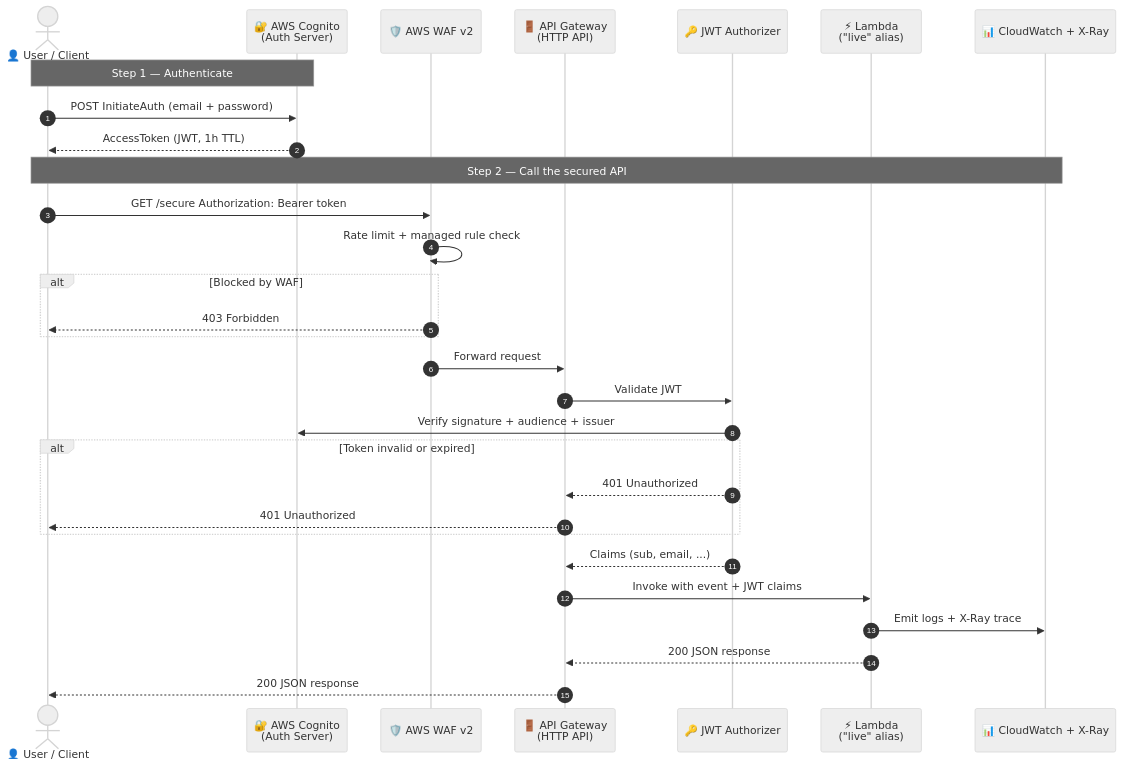
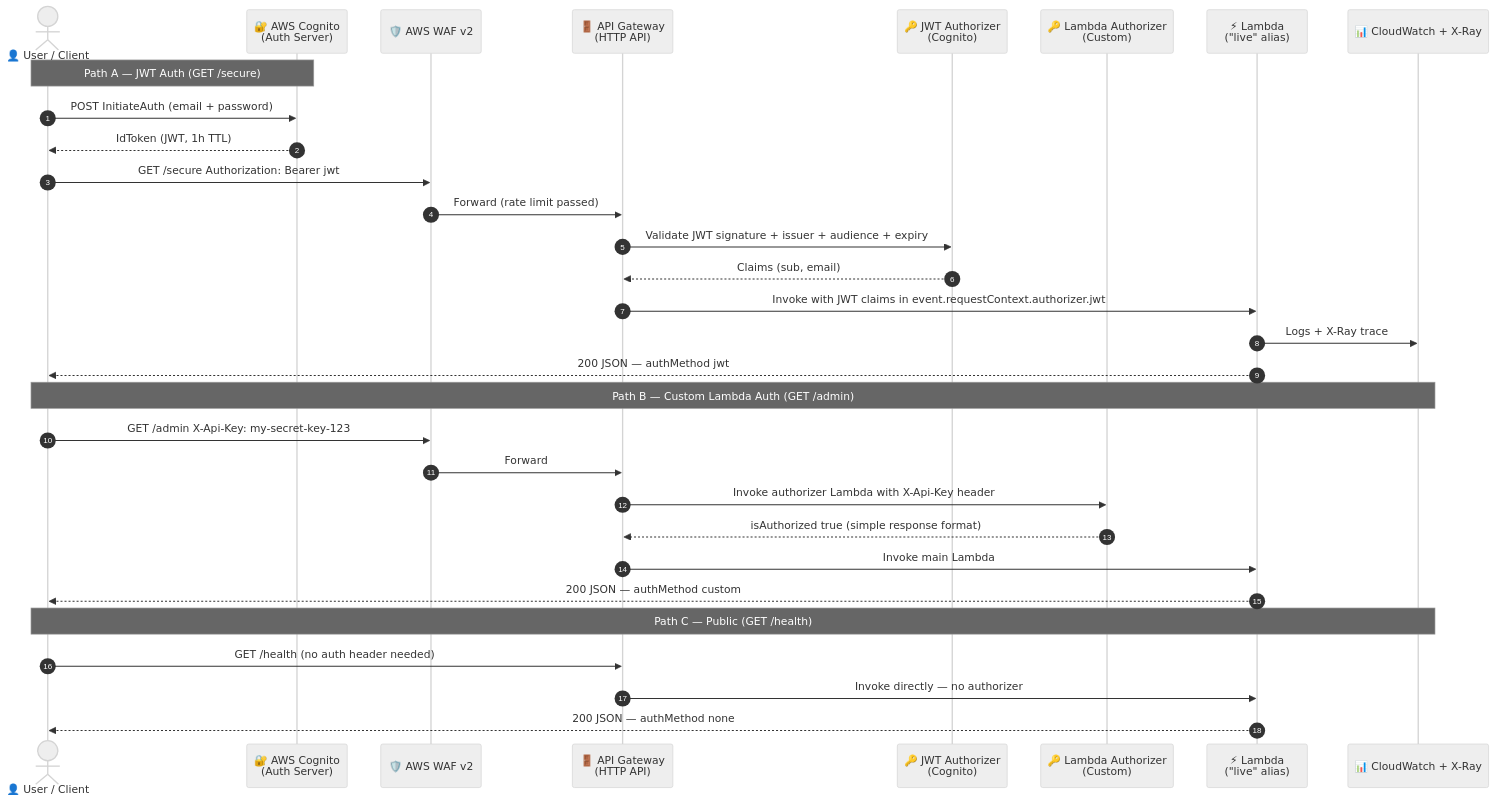
Before and after one commit to sureshullagaddi/api-gateway-terraform: the first of 4 diagrams in README.md, drawn with Mermaid (neutral theme). The commit also changed other lines of this file and 4 other files, not shown here.

Commit message:
feat: realistic banking API — customer portal (JWT) + partner B2B (custom auth)

````diff
--- a/README.md
+++ b/README.md
@@ -11,36 +11,36 @@
 ```mermaid
 sequenceDiagram
     autonumber
     actor User as 👤 User / Client
     participant Cognito as 🔐 AWS Cognito<br/>(Auth Server)
     participant WAF as 🛡️ AWS WAF v2
     participant APIGW as 🚪 API Gateway<br/>(HTTP API)
-    participant Auth as 🔑 JWT Authorizer
+    participant JWTAuth as 🔑 JWT Authorizer<br/>(Cognito)
+    participant LambdaAuth as 🔑 Lambda Authorizer<br/>(Custom)
     participant Lambda as ⚡ Lambda<br/>("live" alias)
     participant CW as 📊 CloudWatch + X-Ray
 
-    Note over User,Cognito: Step 1 — Authenticate
+    Note over User,Cognito: Path A — JWT Auth (GET /secure)
     User->>Cognito: POST InitiateAuth (email + password)
-    Cognito-->>User: AccessToken (JWT, 1h TTL)
+    Cognito-->>User: IdToken (JWT, 1h TTL)
+    User->>WAF: GET /secure  Authorization: Bearer jwt
+    WAF->>APIGW: Forward (rate limit passed)
+    APIGW->>JWTAuth: Validate JWT signature + issuer + audience + expiry
+    JWTAuth-->>APIGW: Claims (sub, email)
+    APIGW->>Lambda: Invoke with JWT claims in event.requestContext.authorizer.jwt
+    Lambda->>CW: Logs + X-Ray trace
+    Lambda-->>User: 200 JSON — authMethod jwt
 
-    Note over User,CW: Step 2 — Call the secured API
-    User->>WAF: GET /secure  Authorization: Bearer token
-    WAF->>WAF: Rate limit + managed rule check
-    alt Blocked by WAF
-        WAF-->>User: 403 Forbidden
-    end
-    WAF->>APIGW: Forward request
+    Note over User,CW: Path B — Custom Lambda Auth (GET /admin)
+    User->>WAF: GET /admin  X-Api-Key: my-secret-key-123
+    WAF->>APIGW: Forward
+    APIGW->>LambdaAuth: Invoke authorizer Lambda with X-Api-Key header
+    LambdaAuth-->>APIGW: isAuthorized true (simple response format)
+    APIGW->>Lambda: Invoke main Lambda
+    Lambda-->>User: 200 JSON — authMethod custom
 
-    APIGW->>Auth: Validate JWT
-    Auth->>Cognito: Verify signature + audience + issuer
-    alt Token invalid or expired
-        Auth-->>APIGW: 401 Unauthorized
-        APIGW-->>User: 401 Unauthorized
-    end
-    Auth-->>APIGW: Claims (sub, email, ...)
-
-    APIGW->>Lambda: Invoke with event + JWT claims
-    Lambda->>CW: Emit logs + X-Ray trace
-    Lambda-->>APIGW: 200 JSON response
-    APIGW-->>User: 200 JSON response
+    Note over User,CW: Path C — Public (GET /health)
+    User->>APIGW: GET /health (no auth header needed)
+    APIGW->>Lambda: Invoke directly — no authorizer
+    Lambda-->>User: 200 JSON — authMethod none
 ```
````
